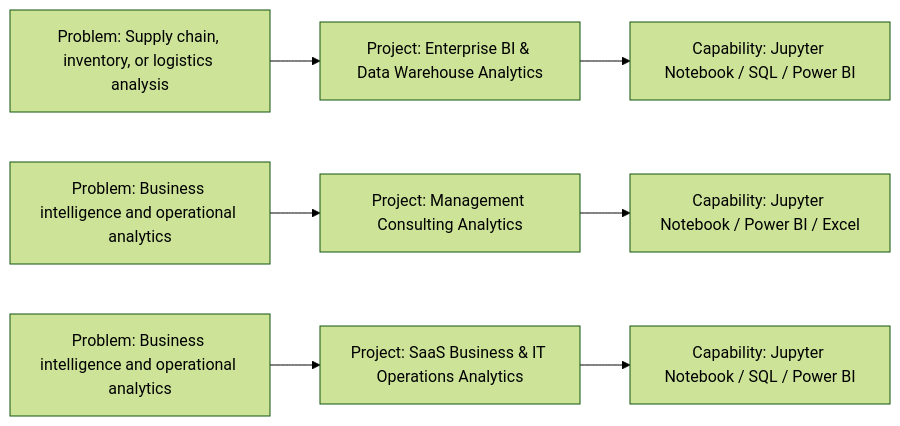
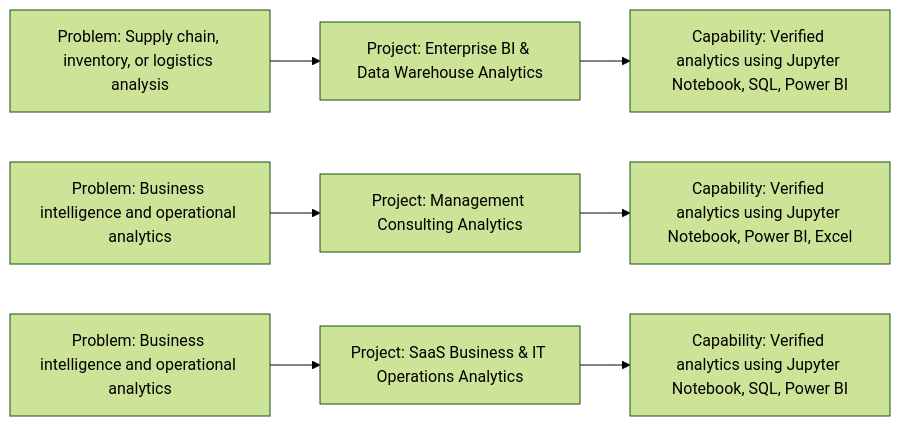
One commit to gawandeshil03-ops/it-it-services-consulting-bi-portfolio changed the diagram in README.md. Above: the diagram before and after it, drawn with Mermaid (forest theme). The commit also changed other lines of this file, not shown here.

````diff
--- a/README.md
+++ b/README.md
@@ -25,6 +21,6 @@
 ```mermaid
 flowchart LR
-    P1["Problem: Supply chain, inventory, or logistics analysis"] --> R1["Project: Enterprise BI & Data Warehouse Analytics"] --> C1["Capability: Jupyter Notebook / SQL / Power BI"]
-    P2["Problem: Business intelligence and operational analytics"] --> R2["Project: Management Consulting Analytics"] --> C2["Capability: Jupyter Notebook / Power BI / Excel"]
-    P3["Problem: Business intelligence and operational analytics"] --> R3["Project: SaaS Business & IT Operations Analytics"] --> C3["Capability: Jupyter Notebook / SQL / Power BI"]
+    P1["Problem: Supply chain, inventory, or logistics analysis"] --> R1["Project: Enterprise BI & Data Warehouse Analytics"] --> C1["Capability: Verified analytics using Jupyter Notebook, SQL, Power BI"]
+    P2["Problem: Business intelligence and operational analytics"] --> R2["Project: Management Consulting Analytics"] --> C2["Capability: Verified analytics using Jupyter Notebook, Power BI, Excel"]
+    P3["Problem: Business intelligence and operational analytics"] --> R3["Project: SaaS Business & IT Operations Analytics"] --> C3["Capability: Verified analytics using Jupyter Notebook, SQL, Power BI"]
 ```
````
